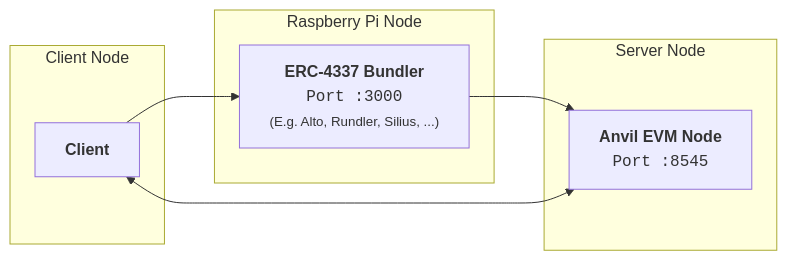
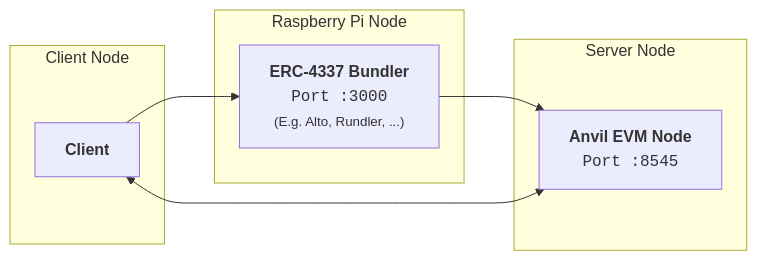
One commit to veborito/ERC-4337-Bundlers-Test-Setup changed the diagram in README.md. Above: the diagram before and after it, drawn with Mermaid.

Commit message:
chore: readme typo

````diff
--- a/README.md
+++ b/README.md
@@ -46,20 +46,20 @@
 ```mermaid
 flowchart LR
     %% Subgraphs
     subgraph ClientNode ["Client Node"]
         APP["<b>Client</b><br/>"]
     end
 
    
     subgraph RPiNode ["Raspberry Pi Node"]
-        BUNDLER["<b>ERC-4337 Bundler</b><br/><code>Port :3000</code><br/><small>(E.g. Alto, Rundler, Silius, ...)</small>"]
+        BUNDLER["<b>ERC-4337 Bundler</b><br/><code>Port :3000</code><br/><small>(E.g. Alto, Rundler, ...)</small>"]
     end
     subgraph ServerNode ["Server Node"]
         ANVIL["<b>Anvil EVM Node</b><br/><code>Port :8545</code>"]
     end
 
     %% Flow Connections
     APP --> BUNDLER
     BUNDLER --> ANVIL
     APP <--> ANVIL
 ```
````
